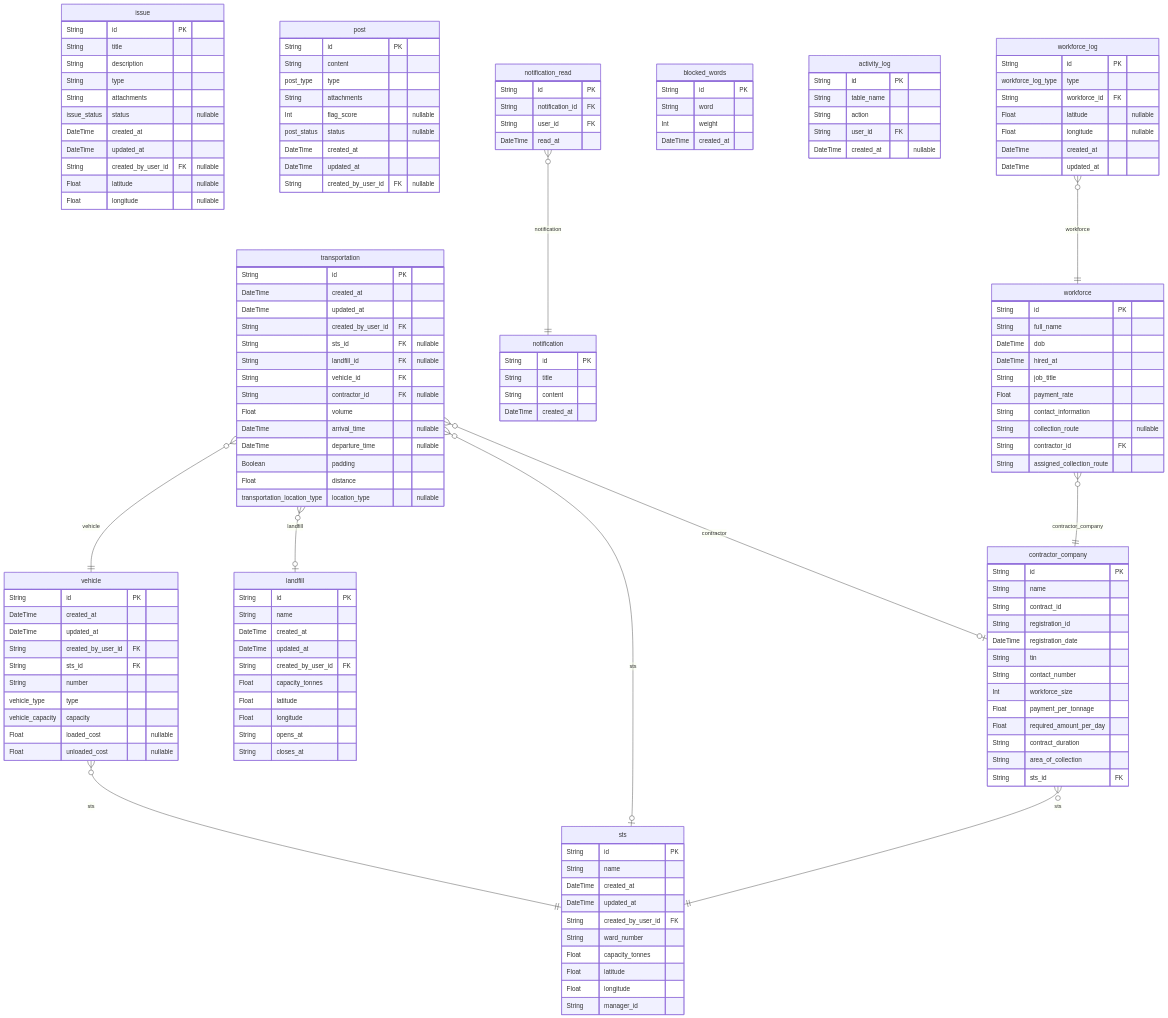
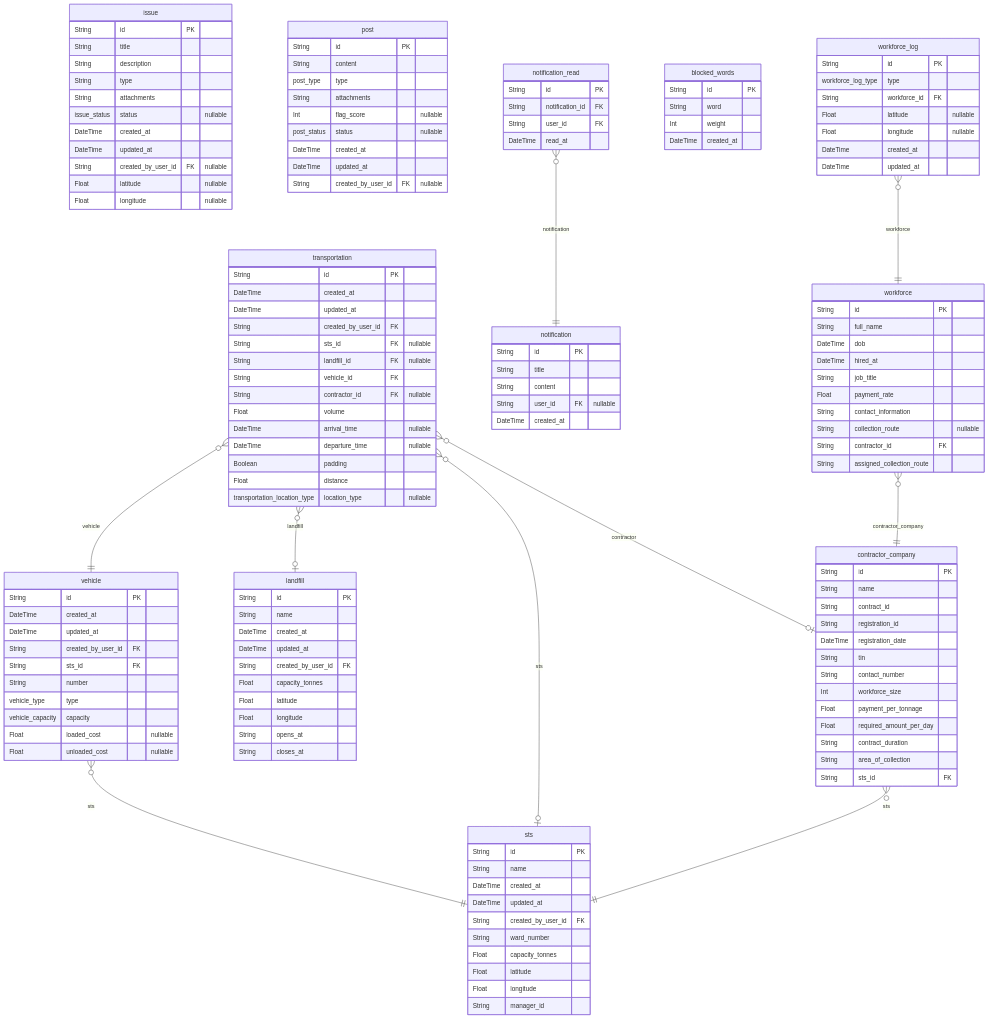
One commit to nurulhudaapon/codesamurai-final changed the third of 3 diagrams in packages/db/README.md. Above: the diagram before and after it, drawn with Mermaid. The commit also changed other lines of this file and 3 other files, not shown here.

Commit message:
feat: add user id to notification table

```diff
--- a/packages/db/README.md
+++ b/packages/db/README.md
@@ -195,6 +195,7 @@
   String id PK
   String title
   String content
+  String user_id FK "nullable"
   DateTime created_at
 }
 "notification_read" {
@@ -223,13 +224,6 @@
   String contract_duration
   String area_of_collection
   String sts_id FK
-}
-"activity_log" {
-  String id PK
-  String table_name
-  String action
-  String user_id FK
-  DateTime created_at "nullable"
 }
 "workforce_log" {
   String id PK
```
